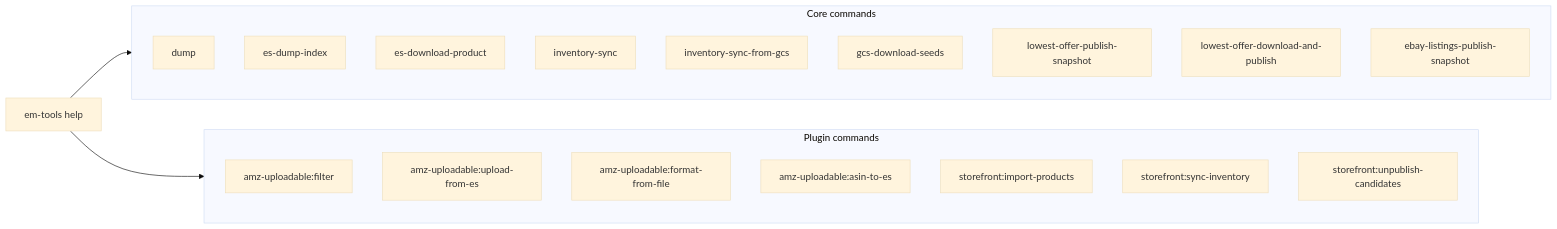
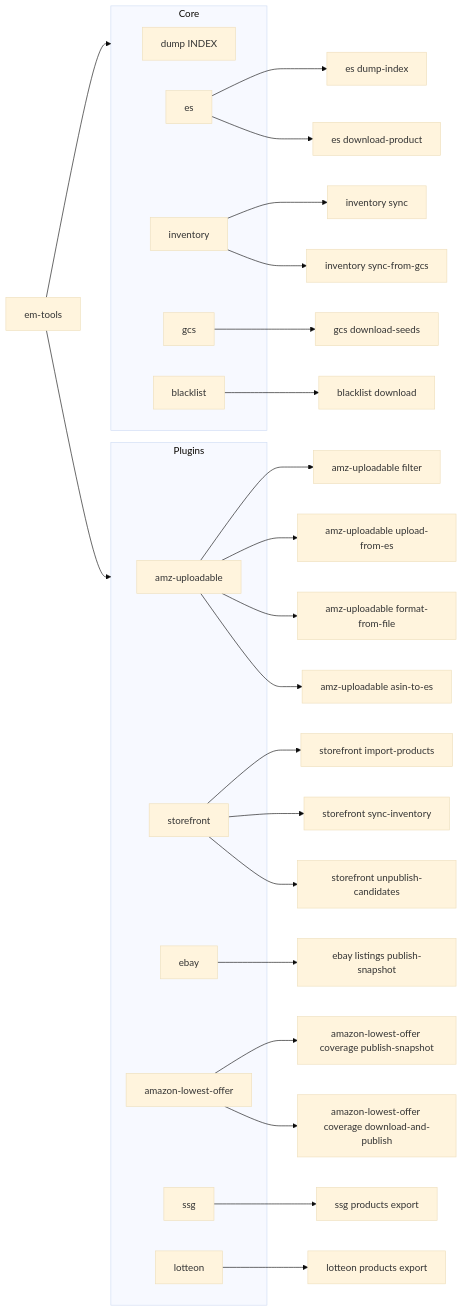
The diagram in docs/CLI.md (AriseshineSky/em-tools), drawn with Mermaid (base theme) before and after one commit. The commit also changed other lines of this file and 75 other files, not shown here.

````diff
--- a/docs/CLI.md
+++ b/docs/CLI.md
@@ -47,27 +37,42 @@
 ```mermaid
 flowchart LR
-    Help[em-tools help] --> CoreGroup
-    Help --> PluginGroup
+    Root[em-tools] --> Core
+    Root --> Plugins
 
-    subgraph CoreGroup [Core commands]
-        D[dump]
-        EsDump[es-dump-index]
-        EsDownload[es-download-product]
-        InvSync[inventory-sync]
-        InvSyncOne[inventory-sync-from-gcs]
-        Gcs[gcs-download-seeds]
-        LowPub[lowest-offer-publish-snapshot]
-        LowDl[lowest-offer-download-and-publish]
-        EbayPub[ebay-listings-publish-snapshot]
+    subgraph Core
+        Dump[dump INDEX]
+        Es[es]
+        Inv[inventory]
+        Gcs[gcs]
+        Bl[blacklist]
     end
 
-    subgraph PluginGroup [Plugin commands]
-        UPF[amz-uploadable:filter]
-        AmzUpload[amz-uploadable:upload-from-es]
-        AmzFmt[amz-uploadable:format-from-file]
-        Asin[amz-uploadable:asin-to-es]
-        Import[storefront:import-products]
-        SfSync[storefront:sync-inventory]
-        SfUnpub[storefront:unpublish-candidates]
+    Es --> EsDump[es dump-index]
+    Es --> EsDl[es download-product]
+    Inv --> InvSync[inventory sync]
+    Inv --> InvSyncOne[inventory sync-from-gcs]
+    Gcs --> GcsSeeds[gcs download-seeds]
+    Bl --> BlDl[blacklist download]
+
+    subgraph Plugins
+        Amz[amz-uploadable]
+        Sf[storefront]
+        Ebay[ebay]
+        Alo[amazon-lowest-offer]
+        Ssg[ssg]
+        Lot[lotteon]
     end
+
+    Amz --> AmzF[amz-uploadable filter]
+    Amz --> AmzU[amz-uploadable upload-from-es]
+    Amz --> AmzFmt[amz-uploadable format-from-file]
+    Amz --> AmzA[amz-uploadable asin-to-es]
+    Sf --> SfImp[storefront import-products]
+    Sf --> SfSync[storefront sync-inventory]
+    Sf --> SfUnp[storefront unpublish-candidates]
+    Ebay --> EbayPub[ebay listings publish-snapshot]
+    Alo --> AloPub[amazon-lowest-offer coverage publish-snapshot]
+    Alo --> AloDl[amazon-lowest-offer coverage download-and-publish]
+    Ssg --> SsgEx[ssg products export]
+    Lot --> LotEx[lotteon products export]
 ```
````
